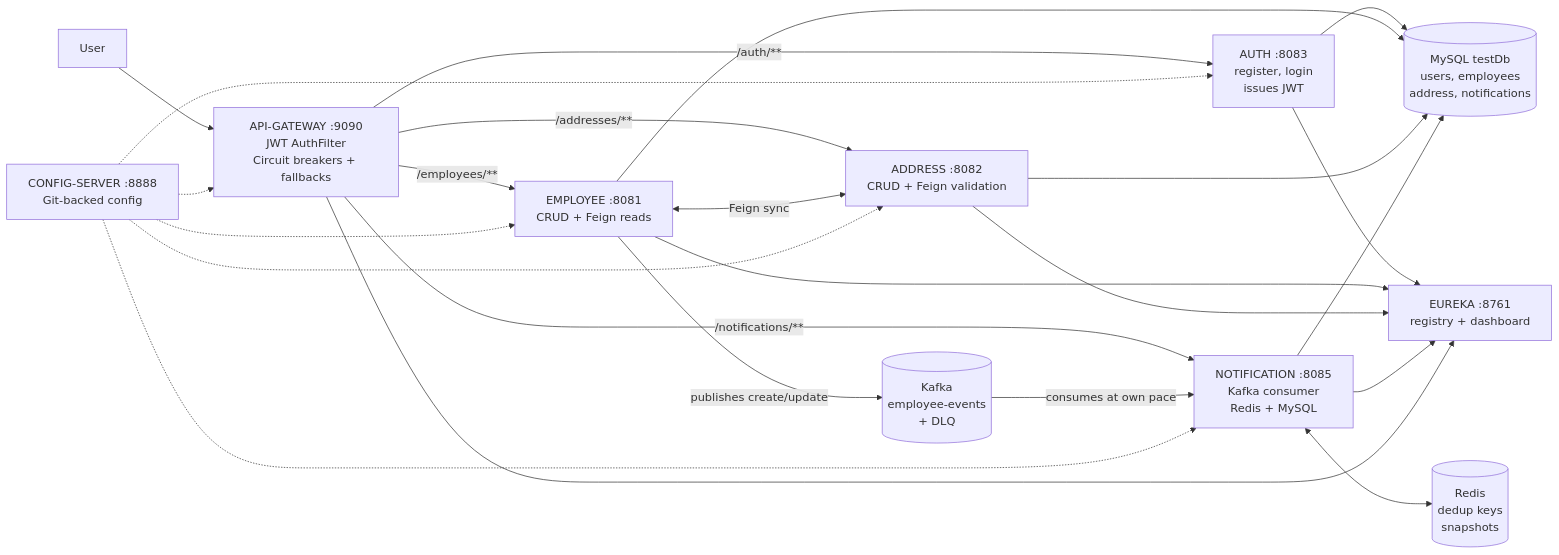
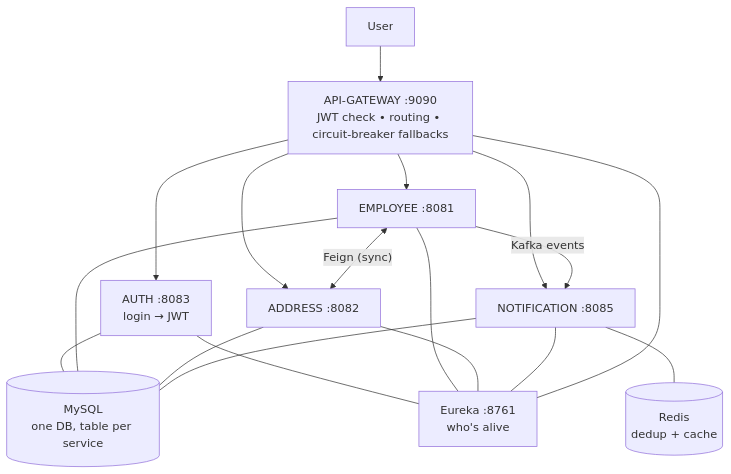
One commit to sumeet-choudhary/spring-boot-microservices-project changed the diagram in README.md. Above: the diagram before and after it, drawn with Mermaid. The commit also changed other lines of this file and 1 other file, not shown here.

Commit message:
README: cover NOTIFICATION/Kafka/Redis everywhere, simplify architecture diagram; Postman: add Notification folder

````diff
--- a/README.md
+++ b/README.md
@@ -40,20 +40,16 @@
 ```mermaid
-flowchart LR
-    USER["User"] --> GW["API-GATEWAY :9090<br/>JWT AuthFilter<br/>Circuit breakers + fallbacks"]
+flowchart TD
+    USER["User"] --> GW["API-GATEWAY :9090<br/>JWT check • routing • circuit-breaker fallbacks"]
 
-    GW -->|"/auth/**"| AUTH["AUTH :8083<br/>register, login<br/>issues JWT"]
-    GW -->|"/employees/**"| EMP["EMPLOYEE :8081<br/>CRUD + Feign reads"]
-    GW -->|"/addresses/**"| ADDR["ADDRESS :8082<br/>CRUD + Feign validation"]
-    GW -->|"/notifications/**"| NOTIF["NOTIFICATION :8085<br/>Kafka consumer<br/>Redis + MySQL"]
+    GW --> AUTH["AUTH :8083<br/>login → JWT"]
+    GW --> EMP["EMPLOYEE :8081"]
+    GW --> ADDR["ADDRESS :8082"]
+    GW --> NOTIF["NOTIFICATION :8085"]
 
-    EMP <-->|Feign sync| ADDR
+    EMP <-->|"Feign (sync)"| ADDR
+    EMP -->|"Kafka events"| NOTIF
 
-    EMP -->|publishes create/update| KAFKA[("Kafka<br/>employee-events<br/>+ DLQ")]
-    KAFKA -->|consumes at own pace| NOTIF
-
-    NOTIF <--> REDIS[("Redis<br/>dedup keys<br/>snapshots")]
-    AUTH & EMP & ADDR & NOTIF --> MYSQL[("MySQL testDb<br/>users, employees<br/>address, notifications")]
-
-    AUTH & EMP & ADDR & NOTIF & GW --> EUREKA["EUREKA :8761<br/>registry + dashboard"]
-    CFG["CONFIG-SERVER :8888<br/>Git-backed config"] -.-> AUTH & EMP & ADDR & NOTIF & GW
+    NOTIF --- REDIS[("Redis<br/>dedup + cache")]
+    AUTH & EMP & ADDR & NOTIF --- DB[("MySQL<br/>one DB, table per service")]
+    AUTH & EMP & ADDR & NOTIF & GW --- EUR["Eureka :8761<br/>who's alive"]
 ```
````
